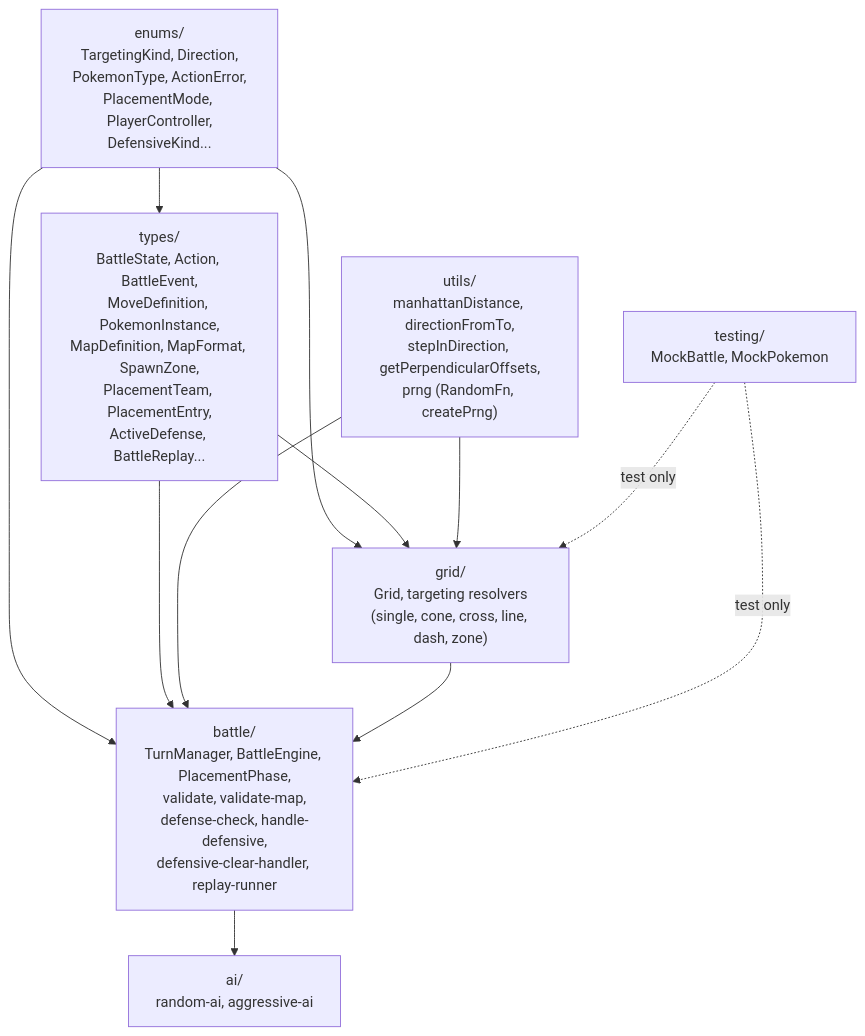
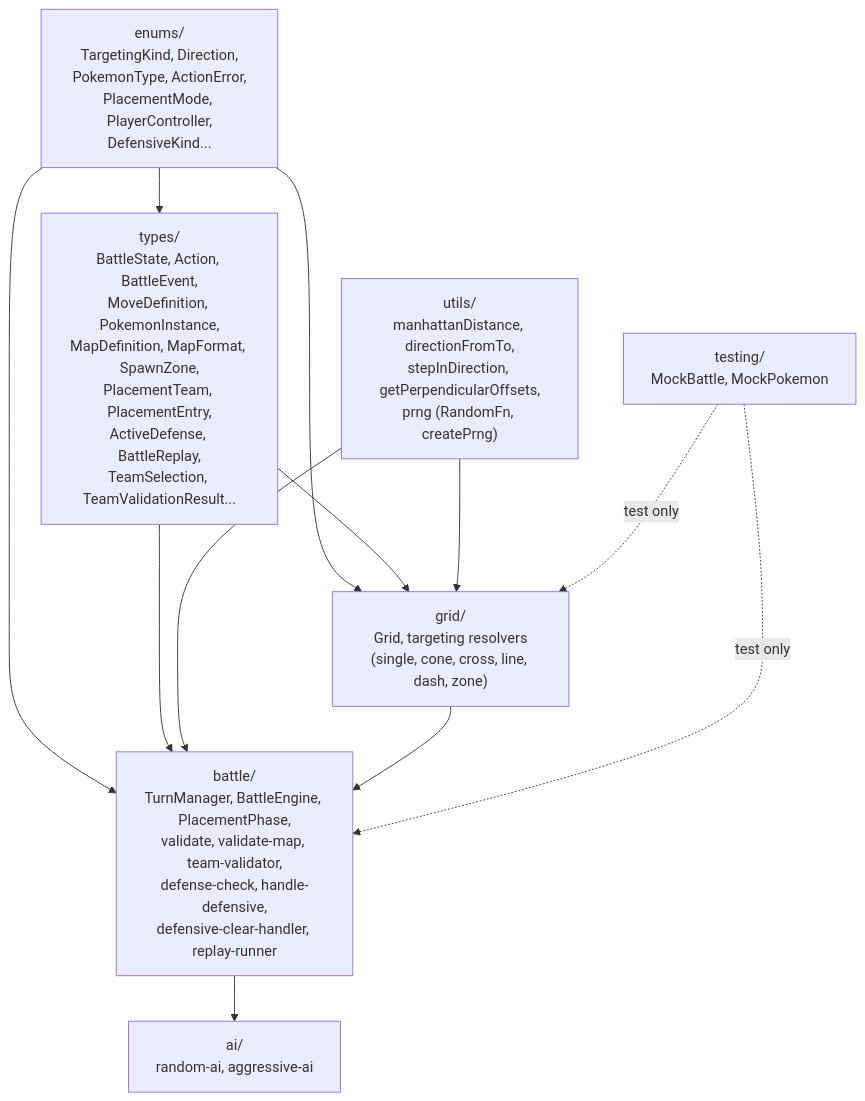
The second of 4 diagrams in docs/architecture.md (kekel87/pokemon-tactics), drawn with Mermaid before and after one commit. The commit also changed other lines of this file and 26 other files, not shown here.

Commit message:
feat(core,renderer): add team selection screen with validation and multi-AI support (plan 033)

````diff
--- a/docs/architecture.md
+++ b/docs/architecture.md
@@ -161,22 +161,22 @@
 ```mermaid
 graph TD
     enums["enums/<br/>TargetingKind, Direction,<br/>PokemonType, ActionError,<br/>PlacementMode, PlayerController,<br/>DefensiveKind..."]
-    types["types/<br/>BattleState, Action, BattleEvent,<br/>MoveDefinition, PokemonInstance,<br/>MapDefinition, MapFormat, SpawnZone,<br/>PlacementTeam, PlacementEntry,<br/>ActiveDefense, BattleReplay..."]
+    types["types/<br/>BattleState, Action, BattleEvent,<br/>MoveDefinition, PokemonInstance,<br/>MapDefinition, MapFormat, SpawnZone,<br/>PlacementTeam, PlacementEntry,<br/>ActiveDefense, BattleReplay,<br/>TeamSelection, TeamValidationResult..."]
     utils["utils/<br/>manhattanDistance, directionFromTo,<br/>stepInDirection, getPerpendicularOffsets,<br/>prng (RandomFn, createPrng)"]
     grid["grid/<br/>Grid, targeting resolvers<br/>(single, cone, cross, line, dash, zone)"]
-    battle["battle/<br/>TurnManager, BattleEngine, PlacementPhase,<br/>validate, validate-map,<br/>defense-check, handle-defensive,<br/>defensive-clear-handler, replay-runner"]
+    battle["battle/<br/>TurnManager, BattleEngine, PlacementPhase,<br/>validate, validate-map, team-validator,<br/>defense-check, handle-defensive,<br/>defensive-clear-handler, replay-runner"]
     ai["ai/<br/>random-ai, aggressive-ai"]
     testing["testing/<br/>MockBattle, MockPokemon"]
 
     enums --> types
     enums --> grid
     enums --> battle
     types --> grid
     types --> battle
     utils --> grid
     utils --> battle
     grid --> battle
     battle --> ai
     testing -.->|test only| battle
     testing -.->|test only| grid
 ```
````
